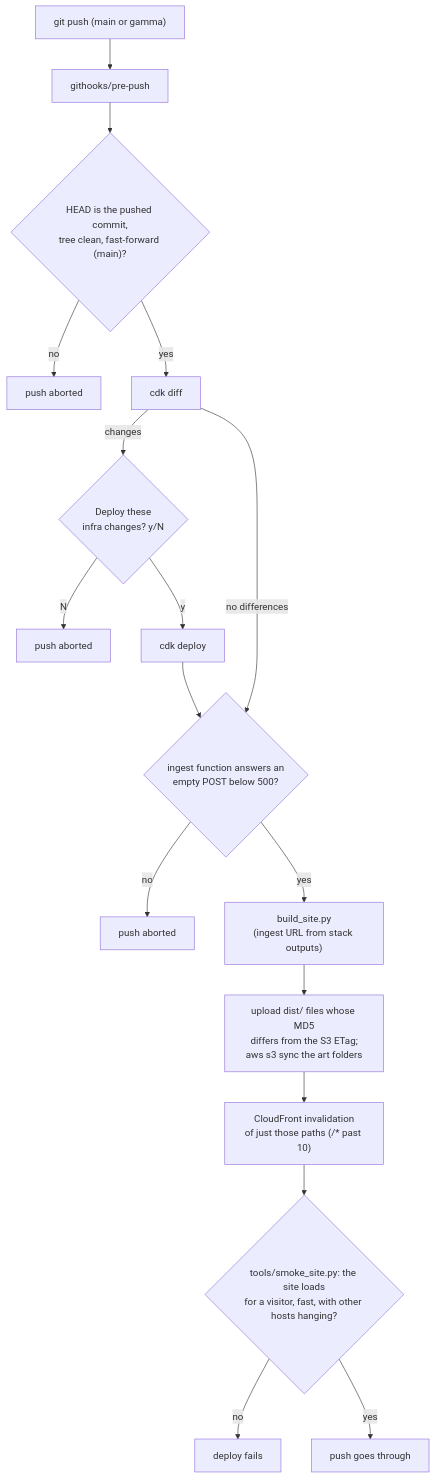
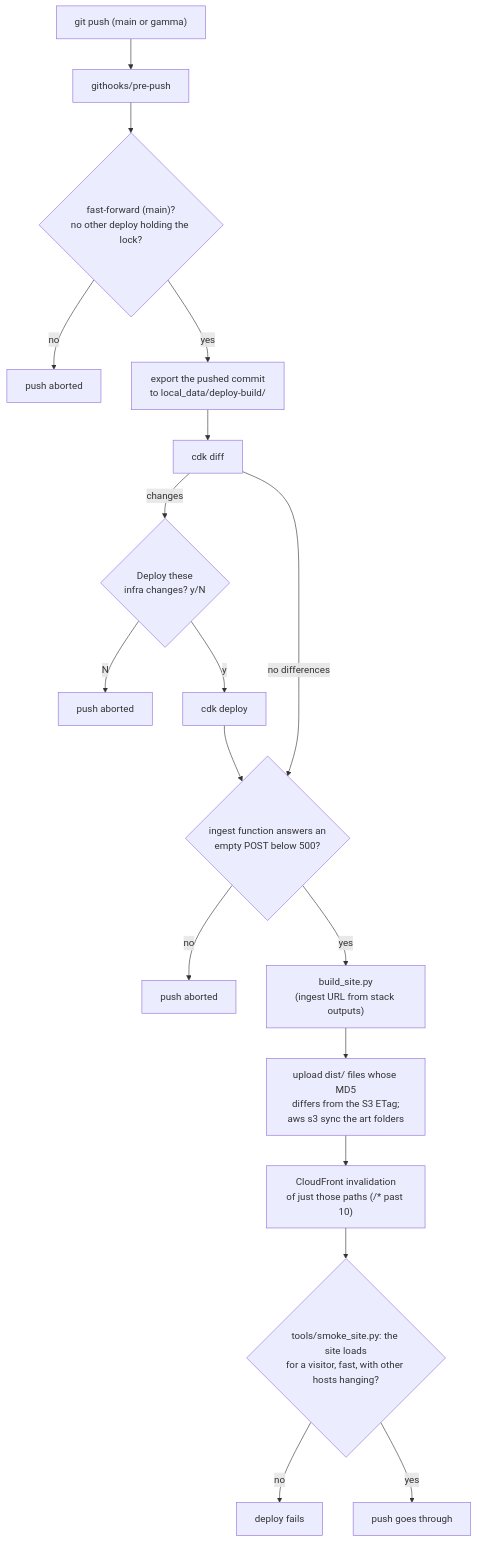
One commit to johnstonjesse329/slay-my-stats changed the fourth of 5 diagrams in README.md. Above: the diagram before and after it, drawn with Mermaid. The commit also changed other lines of this file and 5 other files, not shown here.

First line of the commit message:
Deploy one commit at a time, from any worktree

````diff
--- a/README.md
+++ b/README.md
@@ -597,18 +598,18 @@
 ```mermaid
 flowchart TB
     push["git push (main or gamma)"] --> hook["githooks/pre-push"]
-    hook --> check{"HEAD is the pushed commit,<br/>tree clean, fast-forward (main)?"}
+    hook --> check{"fast-forward (main)?<br/>no other deploy holding the lock?"}
     check -- no --> abort["push aborted"]
-    check -- yes --> diff["cdk diff"]
+    check -- yes --> export["export the pushed commit<br/>to local_data/deploy-build/"] --> diff["cdk diff"]
     diff -- "changes" --> ask{"Deploy these<br/>infra changes? y/N"}
     ask -- N --> abort2["push aborted"]
     ask -- y --> deploy["cdk deploy"] --> smoke
     diff -- "no differences" --> smoke
     smoke{"ingest function answers an<br/>empty POST below 500?"} -- no --> abort3["push aborted"]
     smoke -- yes --> build
     build["build_site.py<br/>(ingest URL from stack outputs)"] --> upload["upload dist/ files whose MD5<br/>differs from the S3 ETag;<br/>aws s3 sync the art folders"]
     upload --> inval["CloudFront invalidation<br/>of just those paths (/* past 10)"]
     inval --> visit{"tools/smoke_site.py: the site loads<br/>for a visitor, fast, with other hosts hanging?"}
     visit -- no --> abort4["deploy fails"]
     visit -- yes --> done["push goes through"]
 ```
````
